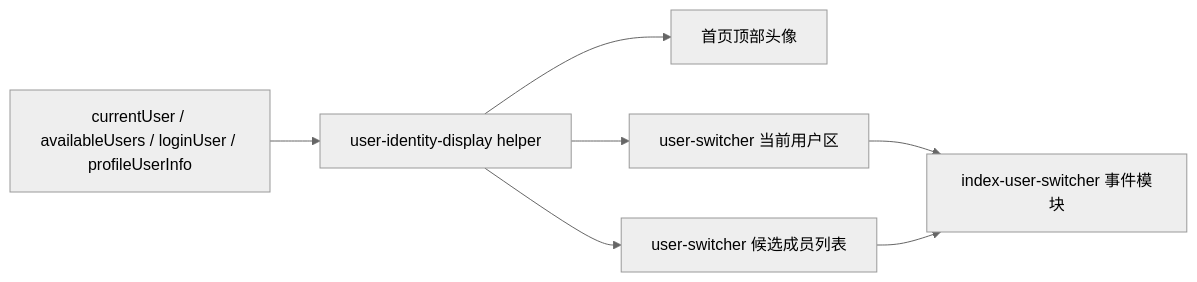
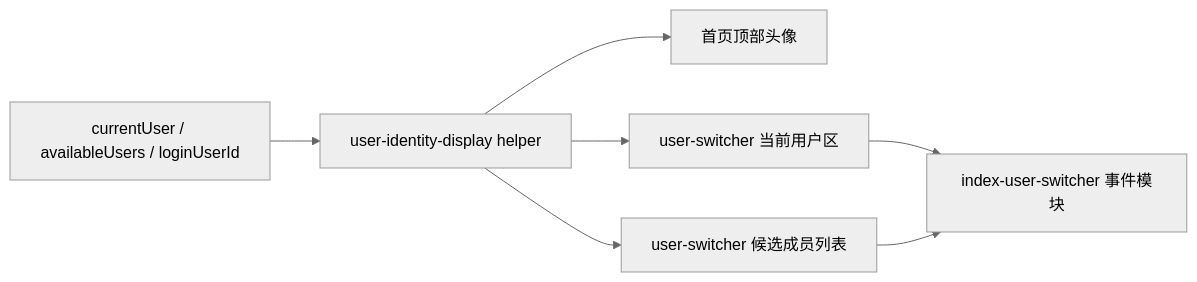
Before and after one commit to wangdafei091/study_task_wechat: the diagram in docs/design/milestone-22n-user-identity-and-switcher-experience-convergence.md, drawn with Mermaid (neutral theme). The commit also changed other lines of this file and 1 other file, not shown here.

Commit message:
docs: finalize M22N design review and roadmap scope

````diff
--- a/docs/design/milestone-22n-user-identity-and-switcher-experience-convergence.md
+++ b/docs/design/milestone-22n-user-identity-and-switcher-experience-convergence.md
@@ -334,9 +520,9 @@
 ```mermaid
 graph LR
-    A[currentUser / availableUsers / loginUser / profileUserInfo] --> B[user-identity-display helper]
+    A[currentUser / availableUsers / loginUserId] --> B[user-identity-display helper]
     B --> C[首页顶部头像]
     B --> D[user-switcher 当前用户区]
     B --> E[user-switcher 候选成员列表]
     D --> F[index-user-switcher 事件模块]
     E --> F
 ```
````
